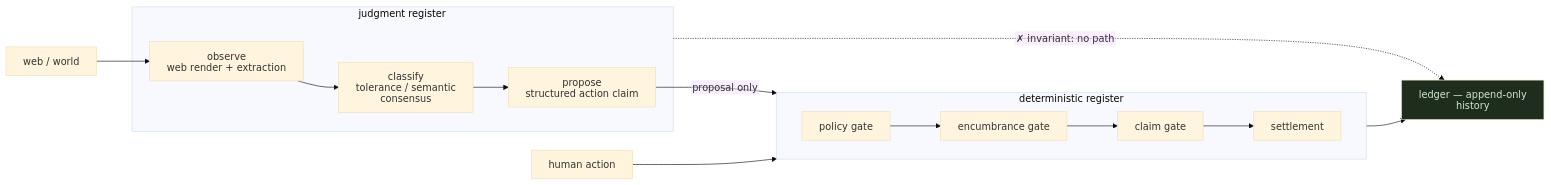
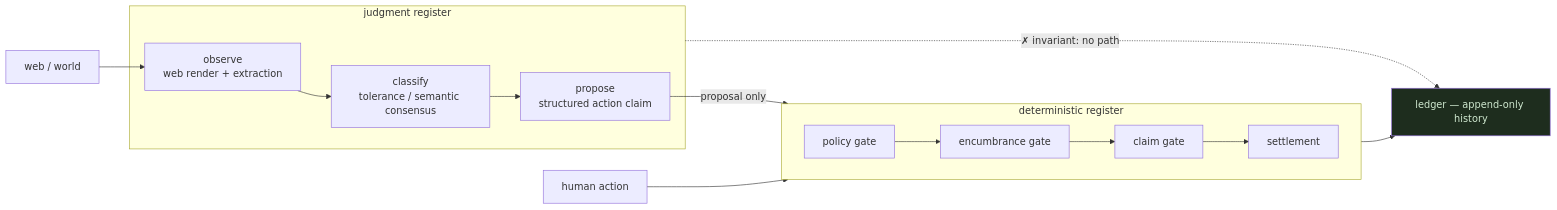
Before and after one commit to etvjay/Nomos: the third of 6 diagrams in primitives/ppa/INTELLIGENT_ACCOUNT_WHITEPAPER.md, drawn with Mermaid. The commit also changed other lines of this file and 2 other files, not shown here.

First line of the commit message:
whitepapers: drop mermaid init directives — GitHub renderer rejects the config combo and falls back to raw text

````diff
--- a/primitives/ppa/INTELLIGENT_ACCOUNT_WHITEPAPER.md
+++ b/primitives/ppa/INTELLIGENT_ACCOUNT_WHITEPAPER.md
@@ -106,18 +104,17 @@
 ```mermaid
-%%{init: {"theme": "base", "securityLevel": "strict", "htmlLabels": false, "flowchart": {"htmlLabels": false, "curve": "basis", "nodeSpacing": 42, "rankSpacing": 58, "padding": 14}}}%%
 flowchart LR
     W["web / world"] --> OBS
     H["human action"] --> P1
     subgraph JR["judgment register"]
         OBS["observe<br/>web render + extraction"] --> CLS["classify<br/>tolerance / semantic consensus"]
         CLS --> PROP["propose<br/>structured action claim"]
     end
     PROP -->|"proposal only"| P1
     subgraph DR["deterministic register"]
         direction LR
         P1["policy gate"] --> P2["encumbrance gate"] --> P3["claim gate"] --> P4["settlement"]
     end
     P4 --> LEDGER["ledger — append-only history"]
     JR -.->|"✗ invariant: no path"| LEDGER
     style LEDGER fill:#1e2d1e,color:#cfe8cf
 ```
````
